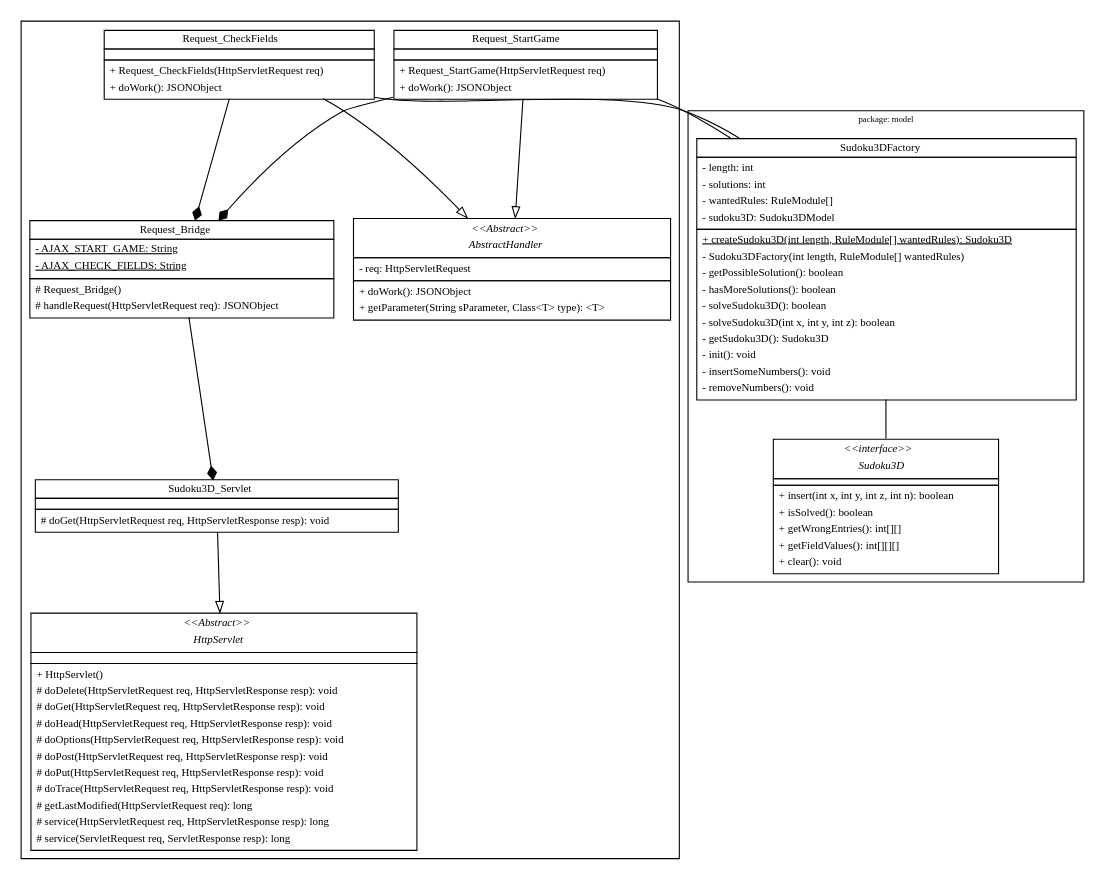
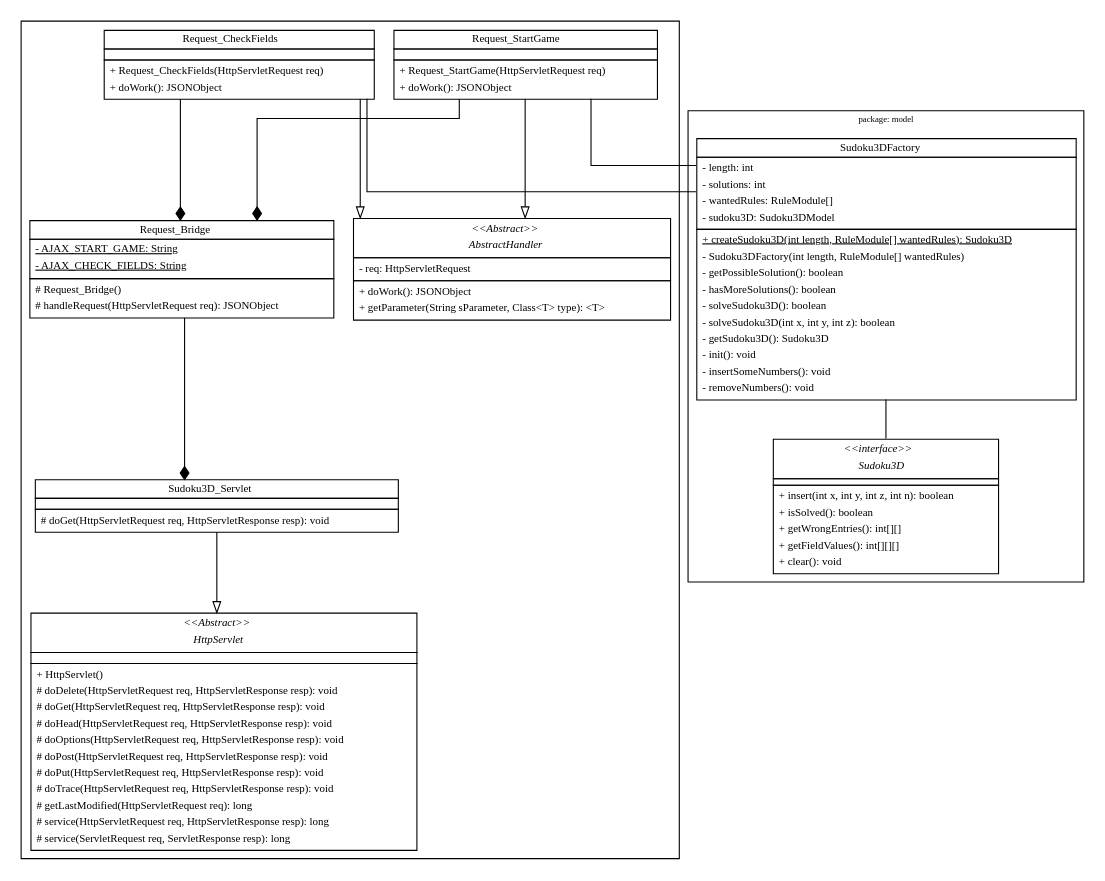
One commit to Mavpotter/Sudoku3D changed the diagram in doc/controller.dot. Above: the diagram before and after it, drawn with Graphviz. The commit also changed 2 other files, not shown here.

```diff
--- a/doc/controller.dot
+++ b/doc/controller.dot
@@ -1,4 +1,5 @@
 digraph G {
+    graph [splines=ortho]
     fontname = "Bitstream Vera Sans"
     fontsize = 8
 
```
